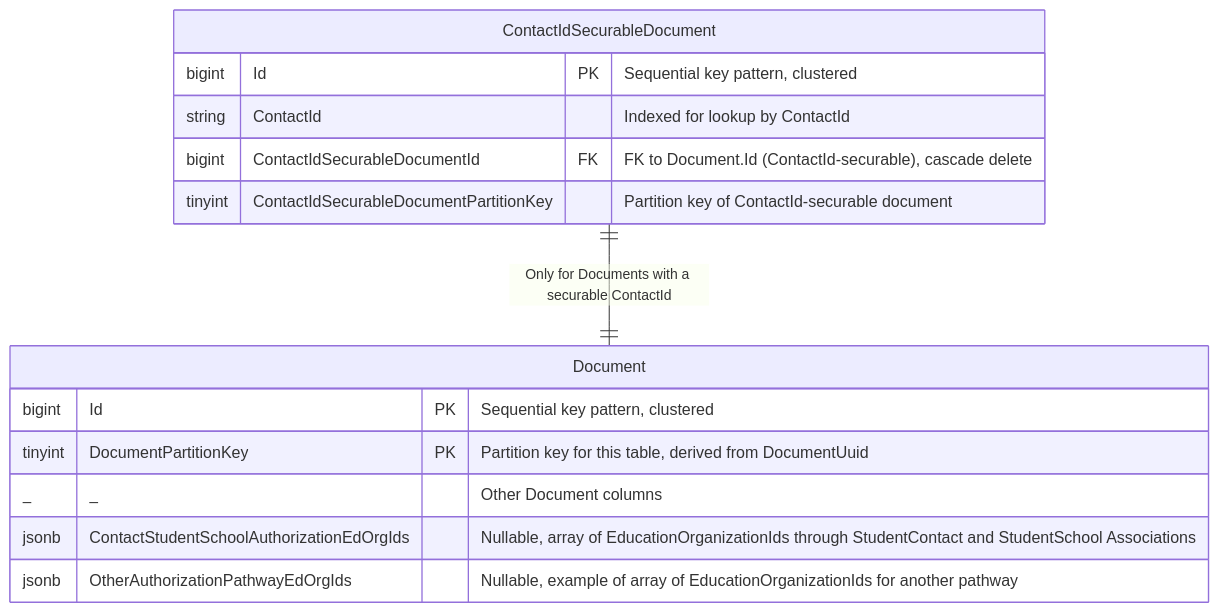
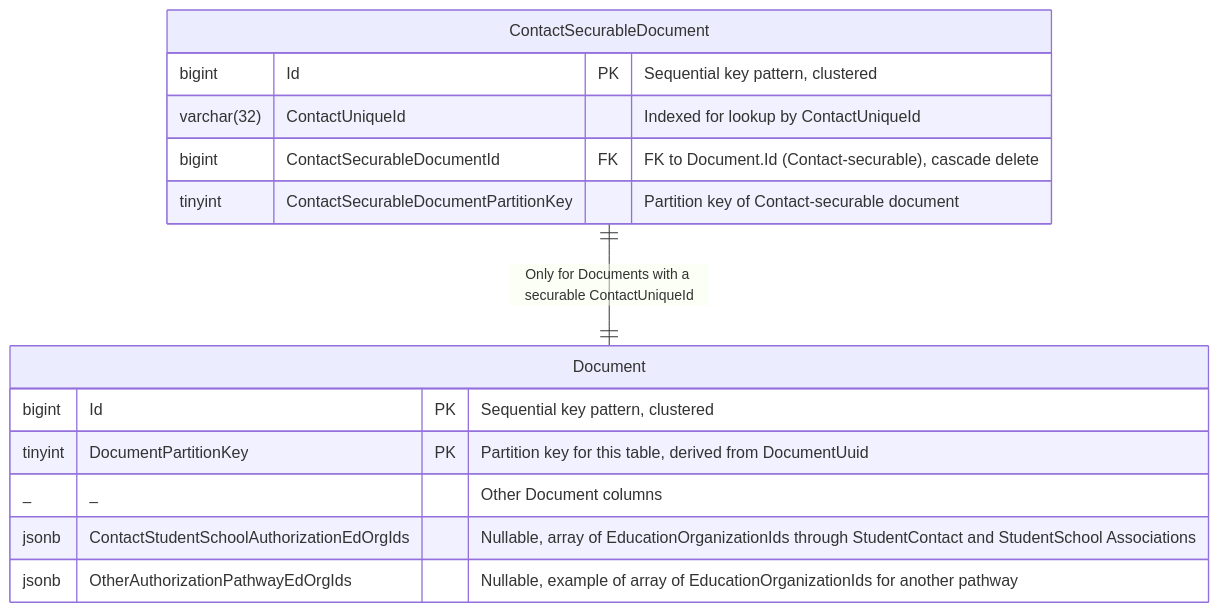
One commit to Ed-Fi-Alliance-OSS/Project-Tanager changed the second of 2 diagrams in docs/DMS/AUTHORIZATION/DOCUMENT-AUTHORIZATION/CONTACT-EDORG-AUTHORIZATION.md. Above: the diagram before and after it, drawn with Mermaid. The commit also changed other lines of this file, not shown here.

````diff
--- a/docs/DMS/AUTHORIZATION/DOCUMENT-AUTHORIZATION/CONTACT-EDORG-AUTHORIZATION.md
+++ b/docs/DMS/AUTHORIZATION/DOCUMENT-AUTHORIZATION/CONTACT-EDORG-AUTHORIZATION.md
@@ -58,18 +58,18 @@
 ```mermaid
 erDiagram
-    ContactIdSecurableDocument ||--|| Document : "Only for Documents with a securable ContactId"
+    ContactSecurableDocument ||--|| Document : "Only for Documents with a securable ContactUniqueId"
 
     Document {
         bigint Id PK "Sequential key pattern, clustered"
         tinyint DocumentPartitionKey PK "Partition key for this table, derived from DocumentUuid"
         _ _ "Other Document columns"
         jsonb ContactStudentSchoolAuthorizationEdOrgIds "Nullable, array of EducationOrganizationIds through StudentContact and StudentSchool Associations"
         jsonb OtherAuthorizationPathwayEdOrgIds "Nullable, example of array of EducationOrganizationIds for another pathway"
     }
-    ContactIdSecurableDocument {
+    ContactSecurableDocument {
         bigint Id PK "Sequential key pattern, clustered"
-        string ContactId "Indexed for lookup by ContactId"
-        bigint ContactIdSecurableDocumentId FK "FK to Document.Id (ContactId-securable), cascade delete"
-        tinyint ContactIdSecurableDocumentPartitionKey "Partition key of ContactId-securable document"
+        varchar(32) ContactUniqueId "Indexed for lookup by ContactUniqueId"
+        bigint ContactSecurableDocumentId FK "FK to Document.Id (Contact-securable), cascade delete"
+        tinyint ContactSecurableDocumentPartitionKey "Partition key of Contact-securable document"
     }
 ```
````
